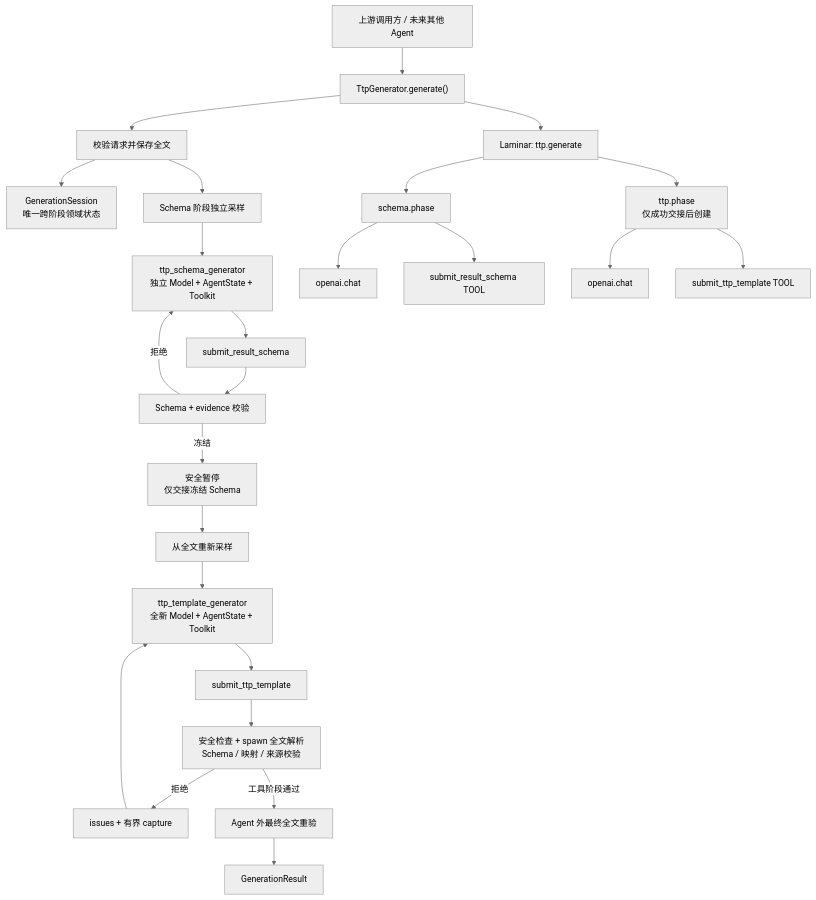
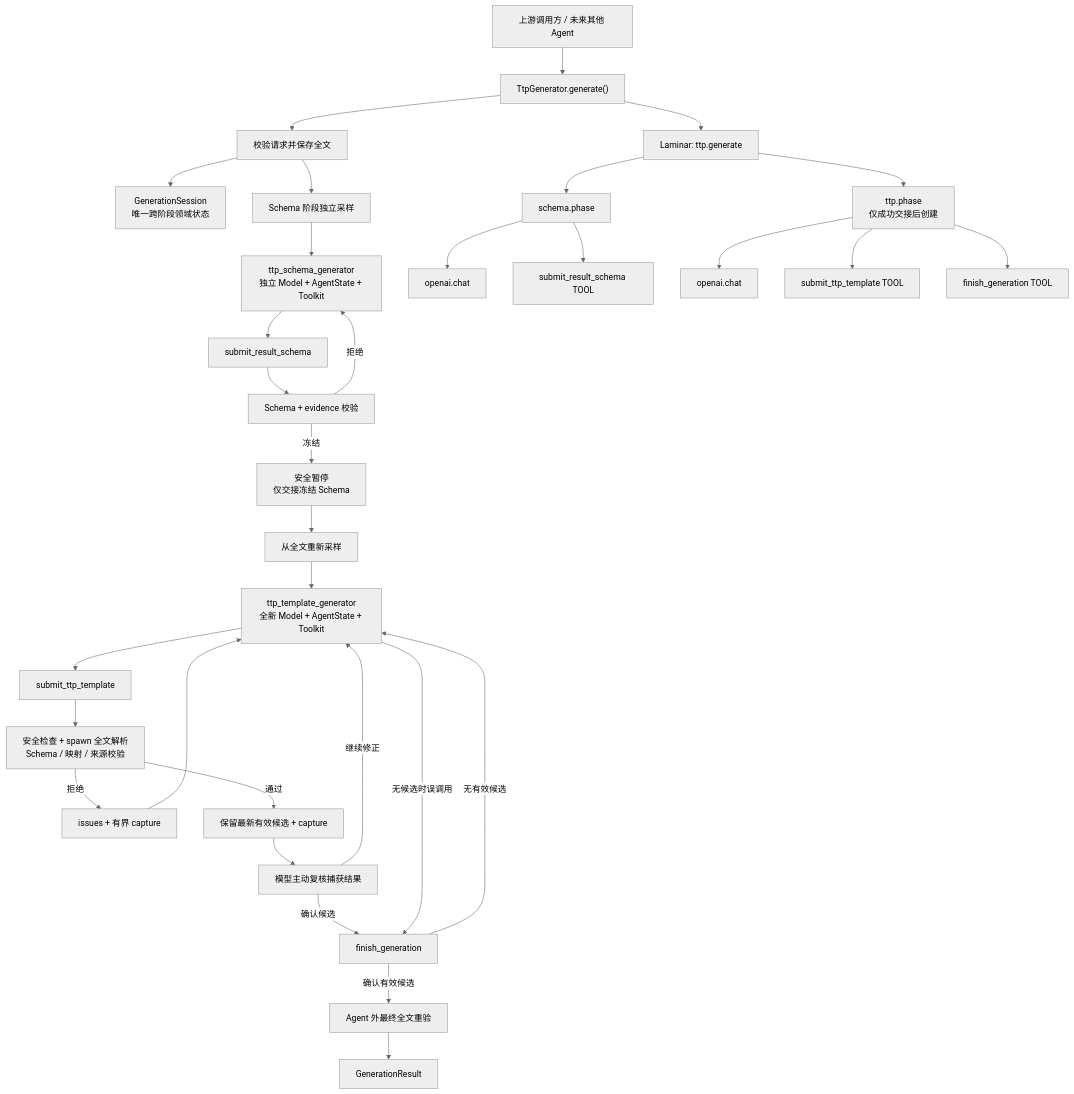
The diagram in docs/agent-architecture-and-runtime.md (Madolkke/cli-parser), drawn with Mermaid (neutral theme) before and after one commit. The commit also changed other lines of this file and 17 other files, not shown here.

Commit message:
feat: require explicit generation finish

````diff
--- a/docs/agent-architecture-and-runtime.md
+++ b/docs/agent-architecture-and-runtime.md
@@ -11,30 +11,37 @@
 ```mermaid
 flowchart TD
     U["上游调用方 / 未来其他 Agent"] --> API["TtpGenerator.generate()"]
     API --> REQ["校验请求并保存全文"]
     API --> ROOT["Laminar: ttp.generate"]
 
     REQ --> SESSION["GenerationSession<br/>唯一跨阶段领域状态"]
     REQ --> SSAMPLE["Schema 阶段独立采样"]
     SSAMPLE --> SAGENT["ttp_schema_generator<br/>独立 Model + AgentState + Toolkit"]
     SAGENT --> STOOL["submit_result_schema"]
     STOOL --> SVALIDATE["Schema + evidence 校验"]
     SVALIDATE -->|拒绝| SAGENT
     SVALIDATE -->|冻结| HANDOFF["安全暂停<br/>仅交接冻结 Schema"]
 
     HANDOFF --> TSAMPLE["从全文重新采样"]
     TSAMPLE --> TAGENT["ttp_template_generator<br/>全新 Model + AgentState + Toolkit"]
     TAGENT --> TTOOL["submit_ttp_template"]
     TTOOL --> TVALIDATE["安全检查 + spawn 全文解析<br/>Schema / 映射 / 来源校验"]
     TVALIDATE -->|拒绝| CAPTURE["issues + 有界 capture"]
     CAPTURE --> TAGENT
-    TVALIDATE -->|工具阶段通过| FINAL["Agent 外最终全文重验"]
+    TVALIDATE -->|通过| CANDIDATE["保留最新有效候选 + capture"]
+    CANDIDATE --> REVIEW["模型主动复核捕获结果"]
+    REVIEW -->|继续修正| TAGENT
+    REVIEW -->|确认候选| FTOOL["finish_generation"]
+    TAGENT -->|无候选时误调用| FTOOL
+    FTOOL -->|无有效候选| TAGENT
+    FTOOL -->|确认有效候选| FINAL["Agent 外最终全文重验"]
     FINAL --> RESULT["GenerationResult"]
 
     ROOT --> SPHASE["schema.phase"]
     SPHASE --> SLLM["openai.chat"]
     SPHASE --> STOOLSPAN["submit_result_schema TOOL"]
     ROOT --> TPHASE["ttp.phase<br/>仅成功交接后创建"]
     TPHASE --> TLLM["openai.chat"]
     TPHASE --> TTOOLSPAN["submit_ttp_template TOOL"]
+    TPHASE --> FTOOLSPAN["finish_generation TOOL"]
 ```
````
